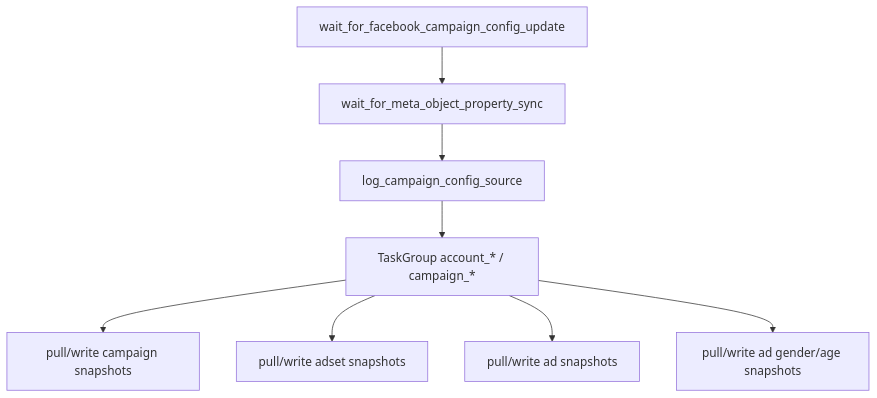
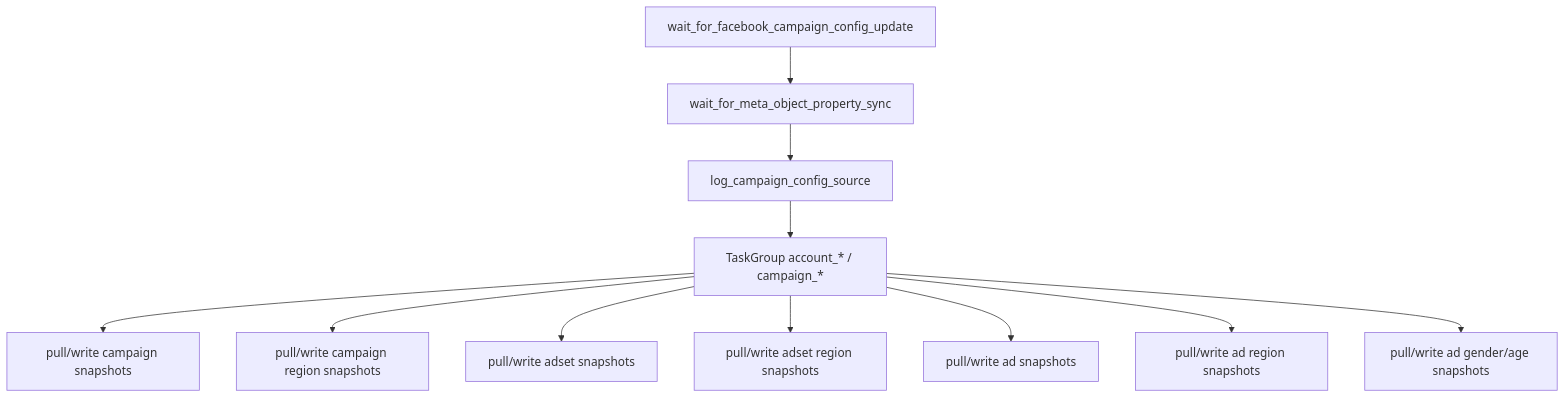
One commit to deepmapconsulting-us/merino-airflow changed the fifth of 7 diagrams in docs/dags.md. Above: the diagram before and after it, drawn with Mermaid. The commit also changed other lines of this file and 3 other files, not shown here.

````diff
--- a/docs/dags.md
+++ b/docs/dags.md
@@ -169,10 +169,13 @@
 ```mermaid
 flowchart TB
   W1["wait_for_facebook_campaign_config_update"] --> W2["wait_for_meta_object_property_sync"]
   W2 --> L["log_campaign_config_source"]
   L --> TG["TaskGroup account_* / campaign_*"]
   TG --> C["pull/write campaign snapshots"]
+  TG --> CR["pull/write campaign region snapshots"]
   TG --> AS["pull/write adset snapshots"]
+  TG --> ASR["pull/write adset region snapshots"]
   TG --> AD["pull/write ad snapshots"]
+  TG --> ADR["pull/write ad region snapshots"]
   TG --> GA["pull/write ad gender/age snapshots"]
 ```
````
